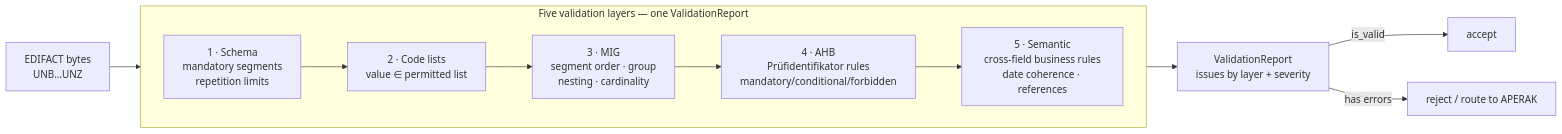
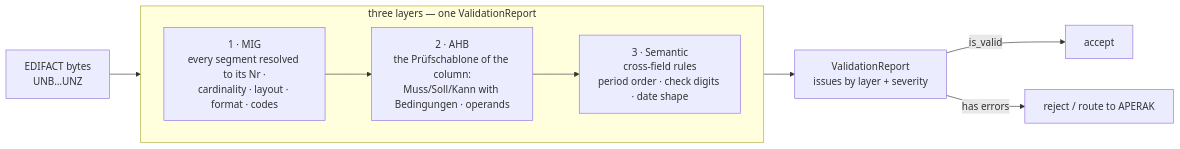
The diagram in site/content/docs/reference/validation.md (hupe1980/mako), drawn with Mermaid before and after one commit. The commit also changed other lines of this file and 767 other files, not shown here.

Commit message:
Remove the validate_release_codes.rs script to streamline the release validation process as it is no longer needed.

````diff
--- a/site/content/docs/reference/validation.md
+++ b/site/content/docs/reference/validation.md
@@ -21,16 +21,14 @@
 ```mermaid
 flowchart LR
     RAW["EDIFACT bytes<br/>UNB…UNZ"] --> L1
-    subgraph pipe ["Five validation layers — one ValidationReport"]
+    subgraph pipe ["three layers — one ValidationReport"]
         direction LR
-        L1["1 · Schema<br/>mandatory segments<br/>repetition limits"]
-        L2["2 · Code lists<br/>value ∈ permitted list"]
-        L3["3 · MIG<br/>segment order · group<br/>nesting · cardinality"]
-        L4["4 · AHB<br/>Prüfidentifikator rules<br/>mandatory/conditional/forbidden"]
-        L5["5 · Semantic<br/>cross-field business rules<br/>date coherence · references"]
-        L1 --> L2 --> L3 --> L4 --> L5
+        L1["1 · MIG<br/>every segment resolved to its Nr ·<br/>cardinality · layout · format · codes"]
+        L2["2 · AHB<br/>the Prüfschablone of the column:<br/>Muss/Soll/Kann with Bedingungen · operands"]
+        L3["3 · Semantic<br/>cross-field rules<br/>period order · check digits · date shape"]
+        L1 --> L2 --> L3
     end
-    L5 --> REP["ValidationReport<br/>issues by layer + severity"]
+    L3 --> REP["ValidationReport<br/>issues by layer + severity"]
     REP -->|is_valid| OK["accept"]
     REP -->|has errors| ERR["reject / route to APERAK"]
 ```
````
